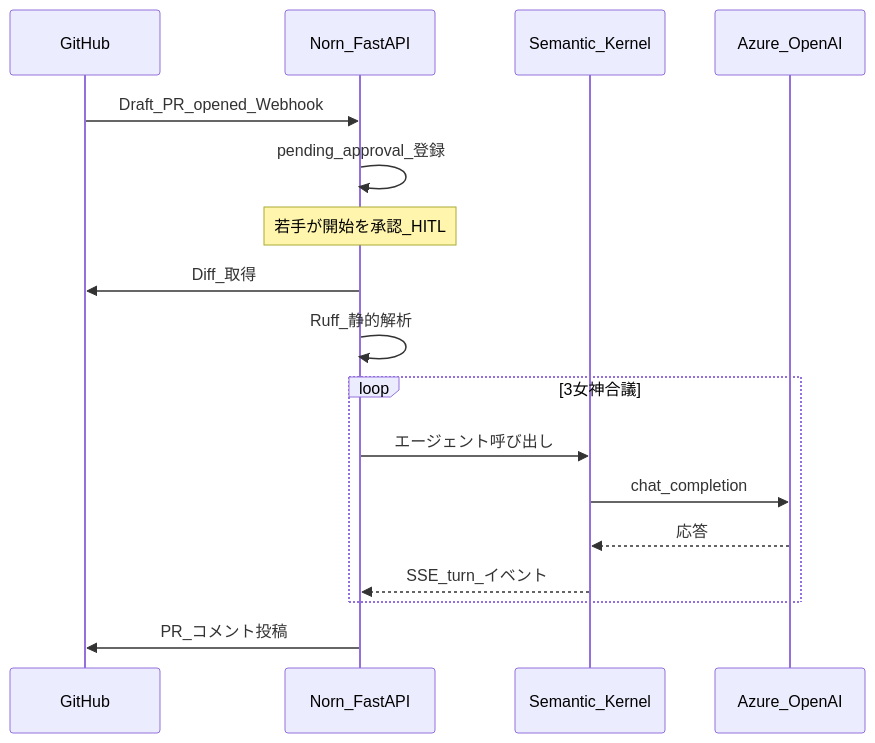
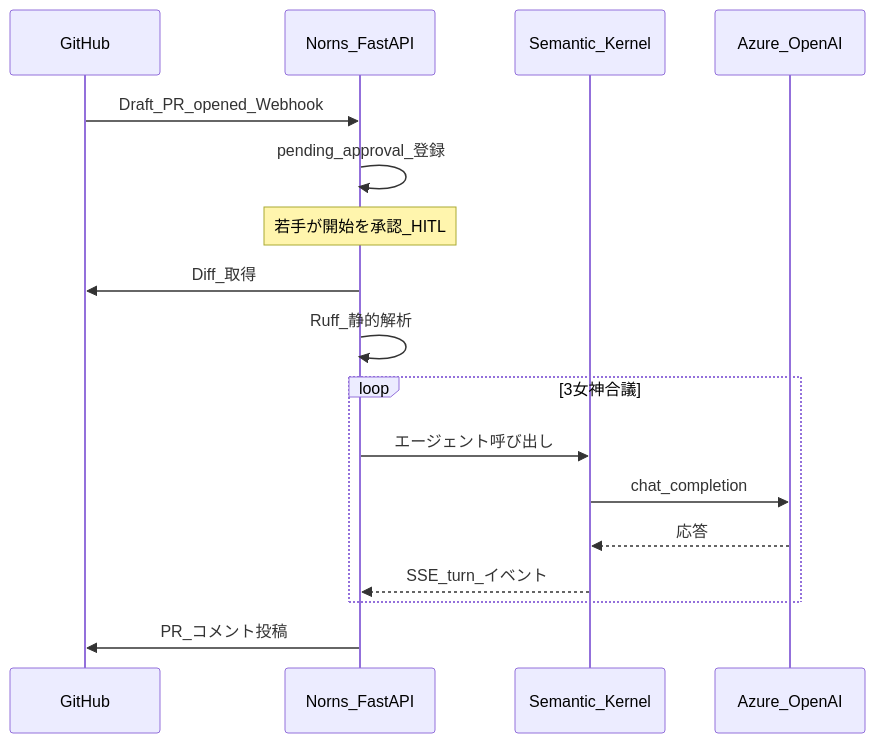
The first of 2 diagrams in docs/hackathon/zenn-article.md (narita1980/norn-agents), drawn with Mermaid before and after one commit. The commit also changed other lines of this file and 34 other files, not shown here.

````diff
--- a/docs/hackathon/zenn-article.md
+++ b/docs/hackathon/zenn-article.md
@@ -70,20 +70,20 @@
 ```mermaid
 sequenceDiagram
   participant GH as GitHub
-  participant Norn as Norn_FastAPI
+  participant Norns as Norns_FastAPI
   participant SK as Semantic_Kernel
   participant AOAI as Azure_OpenAI
 
-  GH->>Norn: Draft_PR_opened_Webhook
-  Norn->>Norn: pending_approval_登録
-  Note over Norn: 若手が開始を承認_HITL
-  Norn->>GH: Diff_取得
-  Norn->>Norn: Ruff_静的解析
+  GH->>Norns: Draft_PR_opened_Webhook
+  Norns->>Norns: pending_approval_登録
+  Note over Norns: 若手が開始を承認_HITL
+  Norns->>GH: Diff_取得
+  Norns->>Norns: Ruff_静的解析
   loop 3女神合議
-    Norn->>SK: エージェント呼び出し
+    Norns->>SK: エージェント呼び出し
     SK->>AOAI: chat_completion
     AOAI-->>SK: 応答
-    SK-->>Norn: SSE_turn_イベント
+    SK-->>Norns: SSE_turn_イベント
   end
-  Norn->>GH: PR_コメント投稿
+  Norns->>GH: PR_コメント投稿
 ```
````
